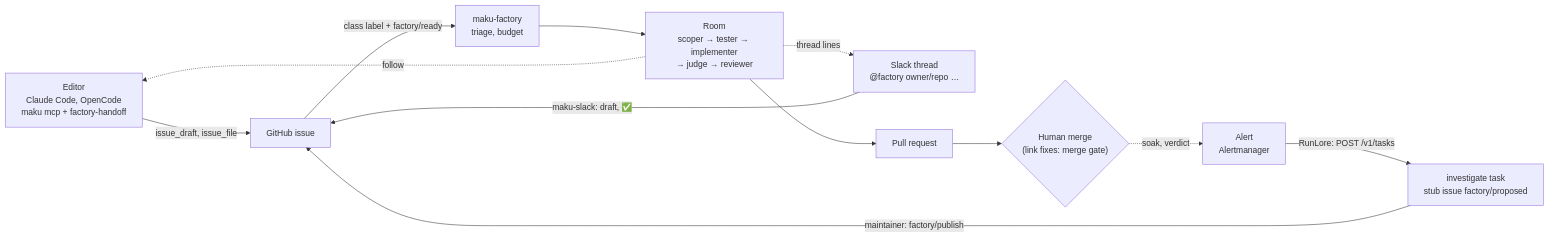
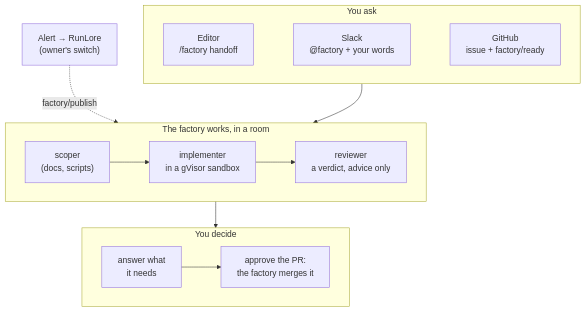
One commit to Smana/ai-native-ref changed the diagram in docs/runbooks/agent-factory/23-showcase.md. Above: the diagram before and after it, drawn with Mermaid. The commit also changed other lines of this file and 1 other file, not shown here.

Commit message:
docs(runbooks): review the showcase against Maku v0.40.0 on aws-0, as a scripted demo

````diff
--- a/docs/runbooks/agent-factory/23-showcase.md
+++ b/docs/runbooks/agent-factory/23-showcase.md
@@ -25,14 +19,17 @@
 ```mermaid
-flowchart LR
-  ed["Editor<br/>Claude Code, OpenCode<br/>maku mcp + factory-handoff"] -->|"issue_draft, issue_file"| gh["GitHub issue"]
-  sl["Slack thread<br/>@factory owner/repo …"] -->|"maku-slack: draft, ✅"| gh
-  al["Alert<br/>Alertmanager"] -->|"RunLore: POST /v1/tasks"| inv["investigate task<br/>stub issue factory/proposed"]
-  inv -->|"maintainer: factory/publish"| gh
-  gh -->|"class label + factory/ready"| fac["maku-factory<br/>triage, budget"]
-  fac --> room["Room<br/>scoper → tester → implementer<br/>→ judge → reviewer"]
-  room --> pr["Pull request"]
-  pr --> merge{"Human merge<br/>(link fixes: merge gate)"}
-  room -.->|"follow"| ed
-  room -.->|"thread lines"| sl
-  merge -.->|"soak, verdict"| al
+flowchart TB
+  subgraph ask["You ask"]
+    direction LR
+    ed["Editor<br/>/factory handoff"] ~~~ sl["Slack<br/>@factory + your words"] ~~~ gh["GitHub<br/>issue + factory/ready"]
+  end
+  subgraph work["The factory works, in a room"]
+    direction LR
+    sc["scoper<br/>(docs, scripts)"] --> im["implementer<br/>in a gVisor sandbox"] --> rv["reviewer<br/>a verdict, advice only"]
+  end
+  subgraph you["You decide"]
+    direction LR
+    nd["answer what<br/>it needs"] --> ap["approve the PR:<br/>the factory merges it"]
+  end
+  al["Alert → RunLore<br/>(owner's switch)"] -.->|"factory/publish"| work
+  ask --> work --> you
 ```
````
